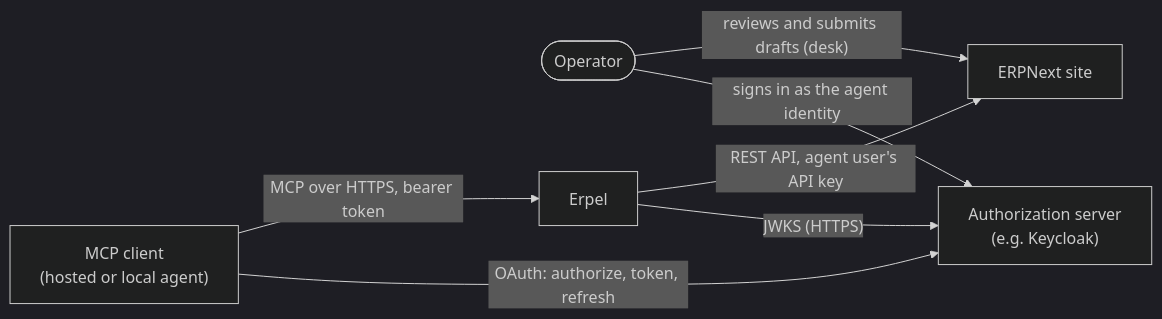
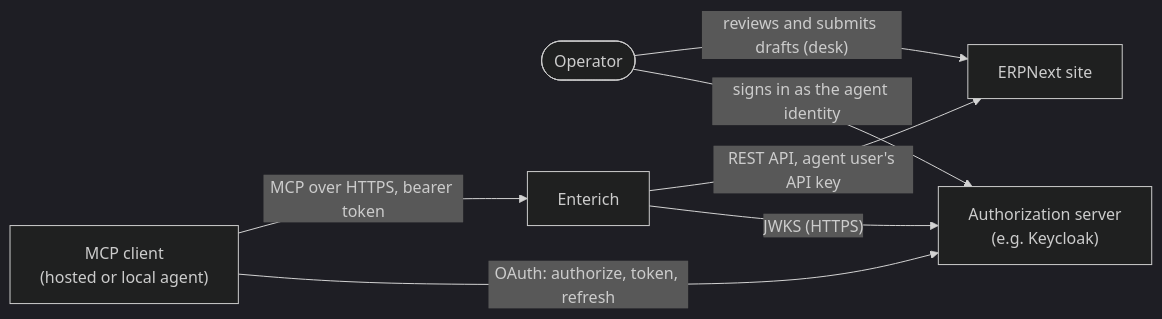
One commit to Interlusion/enterich changed the first of 5 diagrams in docs/arc42/README.md. Above: the diagram before and after it, drawn with Mermaid (dark theme). The commit also changed other lines of this file and 80 other files, not shown here.

````diff
--- a/docs/arc42/README.md
+++ b/docs/arc42/README.md
@@ -49,15 +49,15 @@
 ```mermaid
 flowchart LR
     person([Operator])
     client["MCP client<br/>(hosted or local agent)"]
     as["Authorization server<br/>(e.g. Keycloak)"]
-    erpel["Erpel"]
+    enterich["Enterich"]
     erpnext["ERPNext site"]
 
     person -- "signs in as the agent identity" --> as
     client -- "OAuth: authorize, token, refresh" --> as
-    client -- "MCP over HTTPS, bearer token" --> erpel
-    erpel -- "JWKS (HTTPS)" --> as
-    erpel -- "REST API, agent user's API key" --> erpnext
+    client -- "MCP over HTTPS, bearer token" --> enterich
+    enterich -- "JWKS (HTTPS)" --> as
+    enterich -- "REST API, agent user's API key" --> erpnext
     person -- "reviews and submits drafts (desk)" --> erpnext
 ```
````
